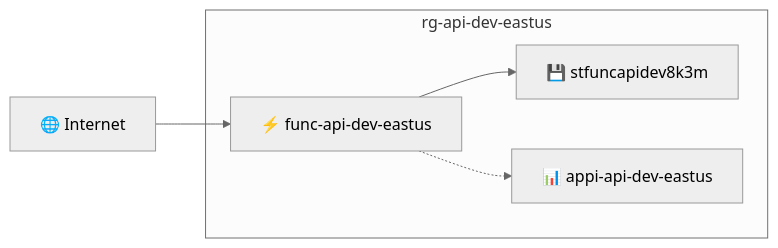
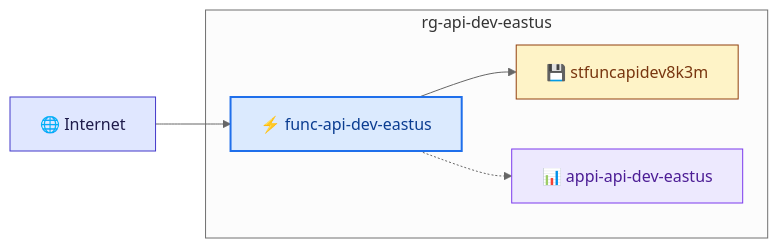
The first of 3 diagrams in .github/agents/azure-template-generator.agent.md (Azure/git-ape), drawn with Mermaid (neutral theme) before and after one commit. The commit also changed other lines of this file and 48 other files, not shown here.

First line of the commit message:
docs(website): manifesto-aligned rewrite, deploy-anything, mermaid zoom + colors

````diff
--- a/.github/agents/azure-template-generator.agent.md
+++ b/.github/agents/azure-template-generator.agent.md
@@ -415,12 +415,21 @@
 ```mermaid
 graph LR
     Internet["🌐 Internet"] --> FuncApp["⚡ func-api-dev-eastus"]
     FuncApp --> Storage["💾 stfuncapidev8k3m"]
     FuncApp -.-> AppInsights["📊 appi-api-dev-eastus"]
     
     subgraph rg-api-dev-eastus
         FuncApp
         Storage
         AppInsights
     end
+
+    classDef internet fill:#e0e7ff,stroke:#4338ca,color:#1e1b4b
+    classDef compute fill:#dbeafe,stroke:#1f6feb,stroke-width:2px,color:#0b3d91
+    classDef storage fill:#fef3c7,stroke:#92400e,color:#78350f
+    classDef monitor fill:#ede9fe,stroke:#7c3aed,color:#4c1d95
+    class Internet internet
+    class FuncApp compute
+    class Storage storage
+    class AppInsights monitor
 ```
````
